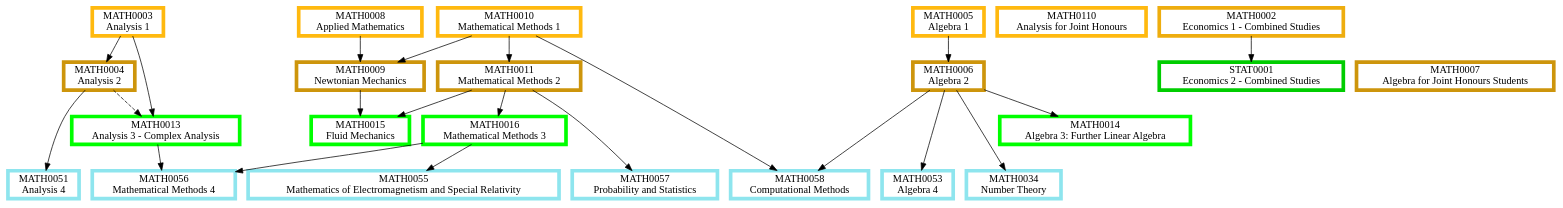
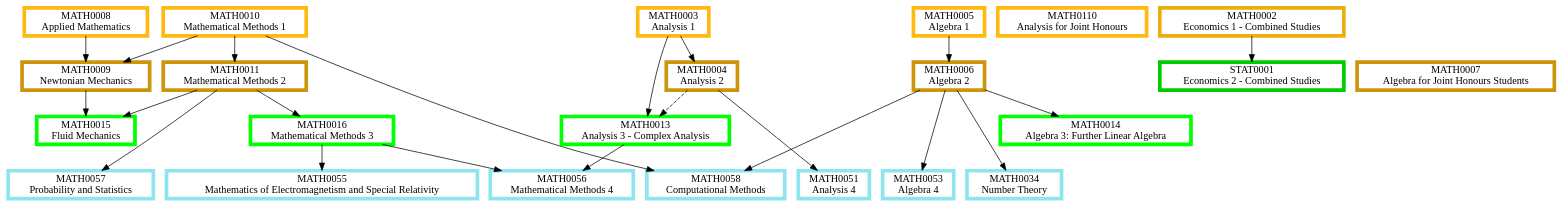
The diagram in First and Second Year.dot (matthew-towers/pathways), drawn with Graphviz before and after one commit. The commit also changed 13 other files, not shown here.

```diff
--- a/First and Second Year.dot
+++ b/First and Second Year.dot
@@ -1,88 +1,88 @@
 digraph {
 	node [fillcolor=white penwidth=5 shape=box style="filled,bold"]
 	subgraph "1.0 1" {
 		rank=same
-		MATH0003 [label="MATH0003
-Analysis 1" color=darkgoldenrod1 href="https://www.ucl.ac.uk/mathematical-physical-sciences/sites/mathematical_physical_sciences/files/math0003.pdf" tooltip="Year 1, term 1"]
 		MATH0010 [label="MATH0010
 Mathematical Methods 1" color=darkgoldenrod1 href="https://www.ucl.ac.uk/mathematical-physical-sciences/sites/mathematical_physical_sciences/files/math0010.pdf" tooltip="Year 1, term 1"]
+		MATH0003 [label="MATH0003
+Analysis 1" color=darkgoldenrod1 href="https://www.ucl.ac.uk/mathematical-physical-sciences/sites/mathematical_physical_sciences/files/2025-09/math0003.pdf" tooltip="Year 1, term 1"]
 		MATH0110 [label="MATH0110
 Analysis for Joint Honours" color=darkgoldenrod1 href="https://www.ucl.ac.uk/mathematical-physical-sciences/sites/mathematical_physical_sciences/files/math0110_1.pdf" tooltip="Year 1, term 1"]
 		MATH0005 [label="MATH0005
-Algebra 1" color=darkgoldenrod1 href="https://www.ucl.ac.uk/mathematical-physical-sciences/sites/mathematical_physical_sciences/files/math0005.pdf" tooltip="Year 1, term 1"]
+Algebra 1" color=darkgoldenrod1 href="https://www.ucl.ac.uk/mathematical-physical-sciences/sites/mathematical_physical_sciences/files/2025-09/math0005 syllabus.pdf" tooltip="Year 1, term 1"]
 		MATH0008 [label="MATH0008
 Applied Mathematics" color=darkgoldenrod1 href="https://www.ucl.ac.uk/mathematical-physical-sciences/sites/mathematical_physical_sciences/files/math0008.pdf" tooltip="Year 1, term 1"]
 	}
 	subgraph "1.0 1.5" {
 		rank=same
 		MATH0002 [label="MATH0002
 Economics 1 - Combined Studies" color=darkgoldenrod2 href="https://www.ucl.ac.uk/mathematical-physical-sciences/sites/mathematical_physical_sciences/files/math0002.pdf" tooltip="Year 1, term 1 and 2"]
 	}
-	MATH0010 -> MATH0011 [tooltip="required prerequisite"]
 	MATH0005 -> MATH0006 [tooltip="required prerequisite"]
-	MATH0003 -> MATH0004 [tooltip="required prerequisite"]
 	MATH0008 -> MATH0009 [tooltip="required prerequisite"]
 	MATH0010 -> MATH0009 [tooltip="required prerequisite"]
+	MATH0010 -> MATH0011 [tooltip="required prerequisite"]
+	MATH0003 -> MATH0004 [tooltip="required prerequisite"]
 	subgraph "1.0 2" {
 		rank=same
-		MATH0011 [label="MATH0011
-Mathematical Methods 2" color=darkgoldenrod3 href="https://www.ucl.ac.uk/mathematical-physical-sciences/sites/mathematical_physical_sciences/files/math0011_2.pdf" tooltip="Year 1, term 2"]
 		MATH0006 [label="MATH0006
 Algebra 2" color=darkgoldenrod3 href="https://www.ucl.ac.uk/mathematical-physical-sciences/sites/mathematical_physical_sciences/files/math0006.pdf" tooltip="Year 1, term 2"]
+		MATH0009 [label="MATH0009
+Newtonian Mechanics" color=darkgoldenrod3 href="https://www.ucl.ac.uk/mathematical-physical-sciences/sites/mathematical_physical_sciences/files/math0009.pdf" tooltip="Year 1, term 2"]
+		MATH0011 [label="MATH0011
+Mathematical Methods 2" color=darkgoldenrod3 href="https://www.ucl.ac.uk/mathematical-physical-sciences/sites/mathematical_physical_sciences/files/math0011_3.pdf" tooltip="Year 1, term 2"]
 		MATH0007 [label="MATH0007
 Algebra for Joint Honours Students" color=darkgoldenrod3 href="https://www.ucl.ac.uk/mathematical-physical-sciences/sites/mathematical_physical_sciences/files/math0007.pdf" tooltip="Year 1, term 2"]
 		MATH0004 [label="MATH0004
 Analysis 2" color=darkgoldenrod3 href="https://www.ucl.ac.uk/mathematical-physical-sciences/sites/mathematical_physical_sciences/files/math0004.pdf" tooltip="Year 1, term 2"]
-		MATH0009 [label="MATH0009
-Newtonian Mechanics" color=darkgoldenrod3 href="https://www.ucl.ac.uk/mathematical-physical-sciences/sites/mathematical_physical_sciences/files/math0009.pdf" tooltip="Year 1, term 2"]
 	}
-	MATH0003 -> MATH0013 [tooltip="required prerequisite"]
-	MATH0004 -> MATH0013 [style=dashed tooltip="recommended prerequisite"]
 	MATH0006 -> MATH0014 [tooltip="required prerequisite"]
 	MATH0011 -> MATH0016 [tooltip="required prerequisite"]
 	MATH0011 -> MATH0015 [tooltip="required prerequisite"]
 	MATH0009 -> MATH0015 [tooltip="required prerequisite"]
+	MATH0003 -> MATH0013 [tooltip="required prerequisite"]
+	MATH0004 -> MATH0013 [style=dashed tooltip="recommended prerequisite"]
 	subgraph "2.0 1" {
 		rank=same
+		MATH0014 [label="MATH0014
+Algebra 3: Further Linear Algebra" color=green1 href="https://www.ucl.ac.uk/mathematical-physical-sciences/sites/mathematical_physical_sciences/files/2025-09/math0014_0.pdf" tooltip="Year 2, term 1"]
+		MATH0016 [label="MATH0016
+Mathematical Methods 3" color=green1 href="https://www.ucl.ac.uk/mathematical-physical-sciences/sites/mathematical_physical_sciences/files/2025-09/math0016_0.pdf" tooltip="Year 2, term 1"]
+		MATH0015 [label="MATH0015
+Fluid Mechanics" color=green1 href="https://www.ucl.ac.uk/mathematical-physical-sciences/sites/mathematical_physical_sciences/files/2025-09/math0015.pdf" tooltip="Year 2, term 1"]
 		MATH0013 [label="MATH0013
-Analysis 3 - Complex Analysis" color=green1 href="https://www.ucl.ac.uk/mathematical-physical-sciences/sites/mathematical_physical_sciences/files/math0013.pdf" tooltip="Year 2, term 1"]
-		MATH0014 [label="MATH0014
-Algebra 3: Further Linear Algebra" color=green1 href="https://www.ucl.ac.uk/mathematical-physical-sciences/sites/mathematical_physical_sciences/files/math0014.pdf" tooltip="Year 2, term 1"]
-		MATH0016 [label="MATH0016
-Mathematical Methods 3" color=green1 href="https://www.ucl.ac.uk/mathematical-physical-sciences/sites/mathematical_physical_sciences/files/math0016.pdf" tooltip="Year 2, term 1"]
-		MATH0015 [label="MATH0015
-Fluid Mechanics" color=green1 href="https://www.ucl.ac.uk/mathematical-physical-sciences/sites/mathematical_physical_sciences/files/math0015.pdf" tooltip="Year 2, term 1"]
+Analysis 3 - Complex Analysis" color=green1 href="https://www.ucl.ac.uk/mathematical-physical-sciences/sites/mathematical_physical_sciences/files/2025-09/math0013_0.pdf" tooltip="Year 2, term 1"]
 	}
 	MATH0002 -> STAT0001 [tooltip="required prerequisite"]
 	subgraph "2 1.5" {
 		rank=same
 		STAT0001 [label="STAT0001
 Economics 2 - Combined Studies" color=green3 href="https://www.ucl.ac.uk/mathematical-physical-sciences/sites/mathematical_physical_sciences/files/stat0001.pdf" tooltip="Year 2, term 1 and 2"]
 	}
 	MATH0004 -> MATH0051 [tooltip="required prerequisite"]
-	MATH0016 -> MATH0055 [tooltip="required prerequisite"]
-	MATH0006 -> MATH0053 [tooltip="required prerequisite"]
-	MATH0006 -> MATH0034 [tooltip="required prerequisite"]
+	MATH0010 -> MATH0058 [tooltip="required prerequisite"]
+	MATH0006 -> MATH0058 [tooltip="required prerequisite"]
 	MATH0013 -> MATH0056 [tooltip="required prerequisite"]
 	MATH0016 -> MATH0056 [tooltip="required prerequisite"]
-	MATH0010 -> MATH0058 [tooltip="required prerequisite"]
-	MATH0006 -> MATH0058 [tooltip="required prerequisite"]
+	MATH0006 -> MATH0034 [tooltip="required prerequisite"]
+	MATH0006 -> MATH0053 [tooltip="required prerequisite"]
 	MATH0011 -> MATH0057 [tooltip="required prerequisite"]
+	MATH0016 -> MATH0055 [tooltip="required prerequisite"]
 	subgraph "2.5 2" {
 		rank=same
 		MATH0051 [label="MATH0051
 Analysis 4" color=cadetblue2 href="https://www.ucl.ac.uk/mathematical-physical-sciences/sites/mathematical_physical_sciences/files/math0051.pdf" tooltip="Year 2 or 3, term 2"]
+		MATH0058 [label="MATH0058
+Computational Methods" color=cadetblue2 href="https://www.ucl.ac.uk/mathematical-physical-sciences/sites/mathematical_physical_sciences/files/math0058.pdf" tooltip="Year 2 or 3, term 2"]
+		MATH0056 [label="MATH0056
+Mathematical Methods 4" color=cadetblue2 href="https://www.ucl.ac.uk/mathematical-physical-sciences/sites/mathematical_physical_sciences/files/math0056.pdf" tooltip="Year 2 or 3, term 2"]
+		MATH0034 [label="MATH0034
+Number Theory" color=cadetblue2 href="https://www.ucl.ac.uk/mathematical-physical-sciences/sites/mathematical_physical_sciences/files/math0034.pdf" tooltip="Year 2 or 3, term 2"]
+		MATH0053 [label="MATH0053
+Algebra 4" color=cadetblue2 href="https://www.ucl.ac.uk/mathematical-physical-sciences/sites/mathematical_physical_sciences/files/math0053.pdf" tooltip="Year 2 or 3, term 2"]
+		MATH0057 [label="MATH0057
+Probability and Statistics" color=cadetblue2 href="https://www.ucl.ac.uk/mathematical-physical-sciences/sites/mathematical_physical_sciences/files/math0057.pdf" tooltip="Year 2 or 3, term 2"]
 		MATH0055 [label="MATH0055
 Mathematics of Electromagnetism and Special Relativity" color=cadetblue2 href="https://www.ucl.ac.uk/mathematical-physical-sciences/sites/mathematical_physical_sciences/files/math0055_3.pdf" tooltip="Year 2 or 3, term 2"]
-		MATH0053 [label="MATH0053
-Algebra 4" color=cadetblue2 href="https://www.ucl.ac.uk/mathematical-physical-sciences/sites/mathematical_physical_sciences/files/math0053.pdf" tooltip="Year 2 or 3, term 2"]
-		MATH0034 [label="MATH0034
-Number Theory" color=cadetblue2 href="https://www.ucl.ac.uk/mathematical-physical-sciences/sites/mathematical_physical_sciences/files/math0034.pdf" tooltip="Year 2 or 3, term 2"]
-		MATH0056 [label="MATH0056
-Mathematical Methods 4" color=cadetblue2 href="https://www.ucl.ac.uk/mathematical-physical-sciences/sites/mathematical_physical_sciences/files/math0056.pdf" tooltip="Year 2 or 3, term 2"]
-		MATH0058 [label="MATH0058
-Computational Methods" color=cadetblue2 href="https://www.ucl.ac.uk/mathematical-physical-sciences/sites/mathematical_physical_sciences/files/math0058.pdf" tooltip="Year 2 or 3, term 2"]
-		MATH0057 [label="MATH0057
-Probability and Statistics" color=cadetblue2 href="https://www.ucl.ac.uk/mathematical-physical-sciences/sites/mathematical_physical_sciences/files/math0057.pdf" tooltip="Year 2 or 3, term 2"]
 	}
 }
```
